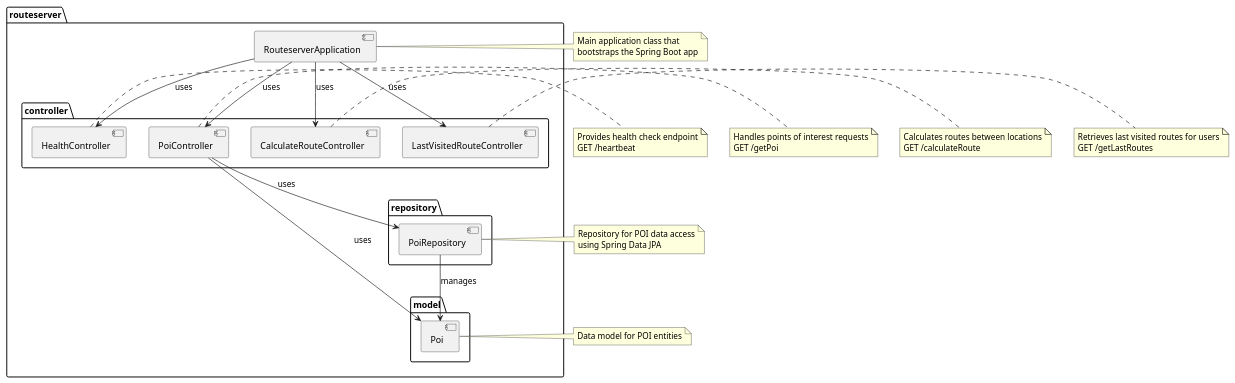
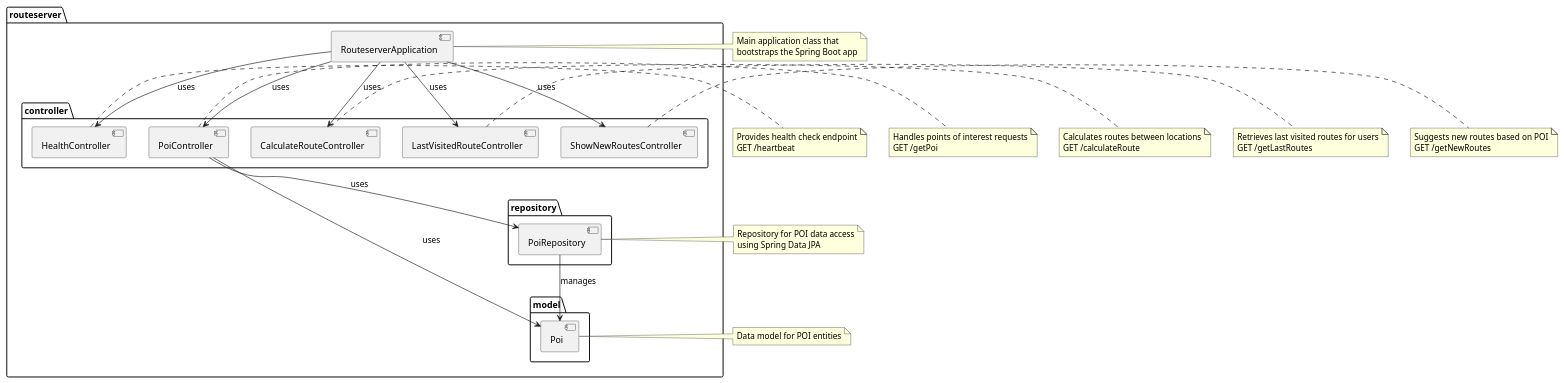
One commit to RobertinoSolanas/nelliebly changed the diagram in arc42/src/05_building_block_view.adoc. Above: the diagram before and after it, drawn with PlantUML. The commit also changed other lines of this file, not shown here.

Commit message:
feat: add ShowNewRoutesController to building block documentation

```diff
--- a/arc42/src/05_building_block_view.adoc
+++ b/arc42/src/05_building_block_view.adoc
@@ -70,65 +70,72 @@
 [plantuml, building-blocks, png]
 ....
 @startuml
 package "routeserver" {
   [RouteserverApplication] as app
   
   package "controller" {
     [HealthController] as health
     [PoiController] as poi
     [CalculateRouteController] as route
     [LastVisitedRouteController] as lastRoutes
+    [ShowNewRoutesController] as newRoutes
   }
   
   package "model" {
     [Poi] as poiModel
   }
   
   package "repository" {
     [PoiRepository] as poiRepo
   }
   
   app --> health : uses
   app --> poi : uses
   app --> route : uses
   app --> lastRoutes : uses
+  app --> newRoutes : uses
   poi --> poiModel : uses
   poi --> poiRepo : uses
   poiRepo --> poiModel : manages
 }
 
 note right of app
   Main application class that
   bootstraps the Spring Boot app
 end note
 
 note right of health
   Provides health check endpoint
   GET /heartbeat
 end note
 
 note right of poi
   Handles points of interest requests
   GET /getPoi
 end note
 
 note right of route
   Calculates routes between locations
   GET /calculateRoute
 end note
 
 note right of lastRoutes
   Retrieves last visited routes for users
   GET /getLastRoutes
 end note
 
+note right of newRoutes
+  Suggests new routes based on POI
+  GET /getNewRoutes
+end note
+
 note right of poiModel
   Data model for POI entities
 end note
 
 note right of poiRepo
   Repository for POI data access
   using Spring Data JPA
 end note
 @enduml
 ....
```
